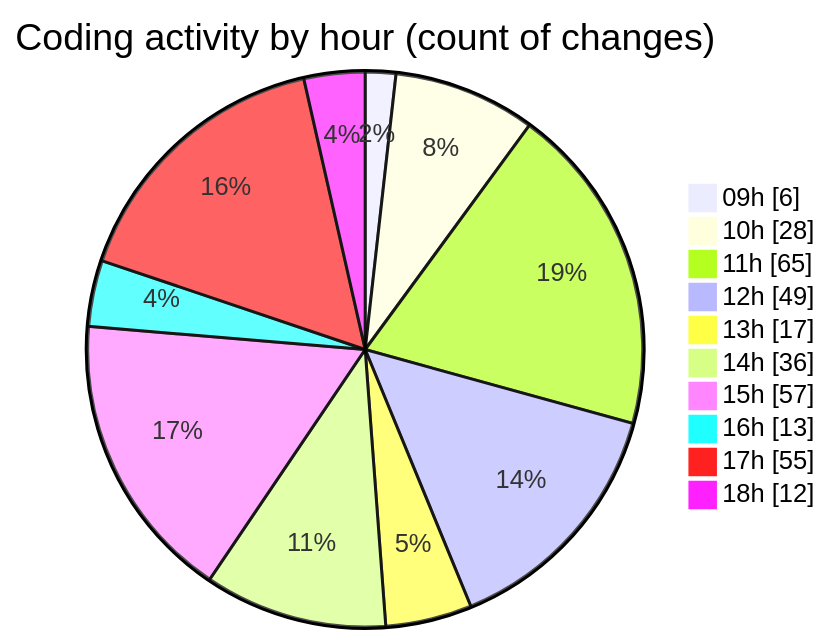
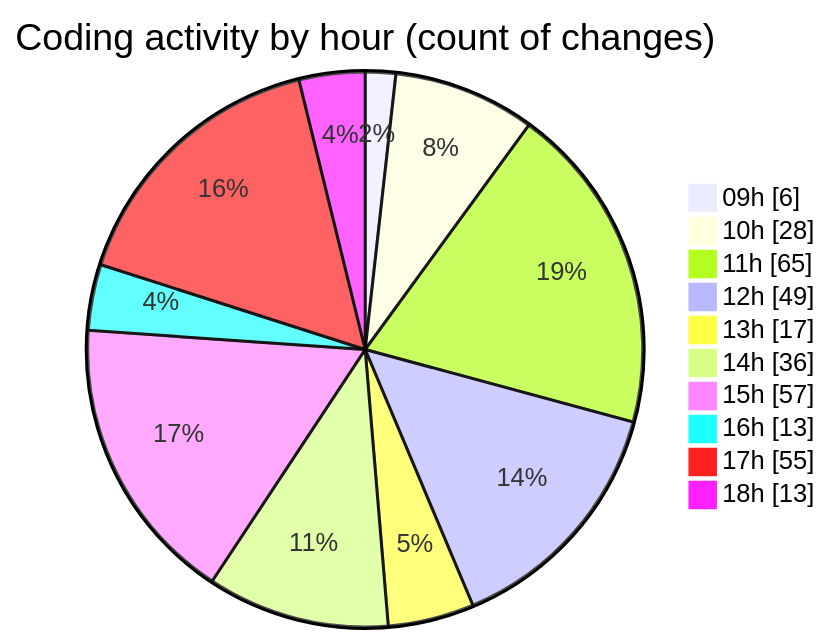
The second of 2 diagrams in 2025-03-27/cda/README.md (momahboobian/code-tracking), drawn with Mermaid before and after one commit. The commit also changed other lines of this file and 1 other file, not shown here.

````diff
--- a/2025-03-27/cda/README.md
+++ b/2025-03-27/cda/README.md
@@ -39,14 +39,14 @@
 ```mermaid
 pie showData
 title Coding activity by hour (count of changes)
 "09h" : 6
 "10h" : 28
 "11h" : 65
 "12h" : 49
 "13h" : 17
 "14h" : 36
 "15h" : 57
 "16h" : 13
 "17h" : 55
-"18h" : 12
+"18h" : 13
 ```
````
